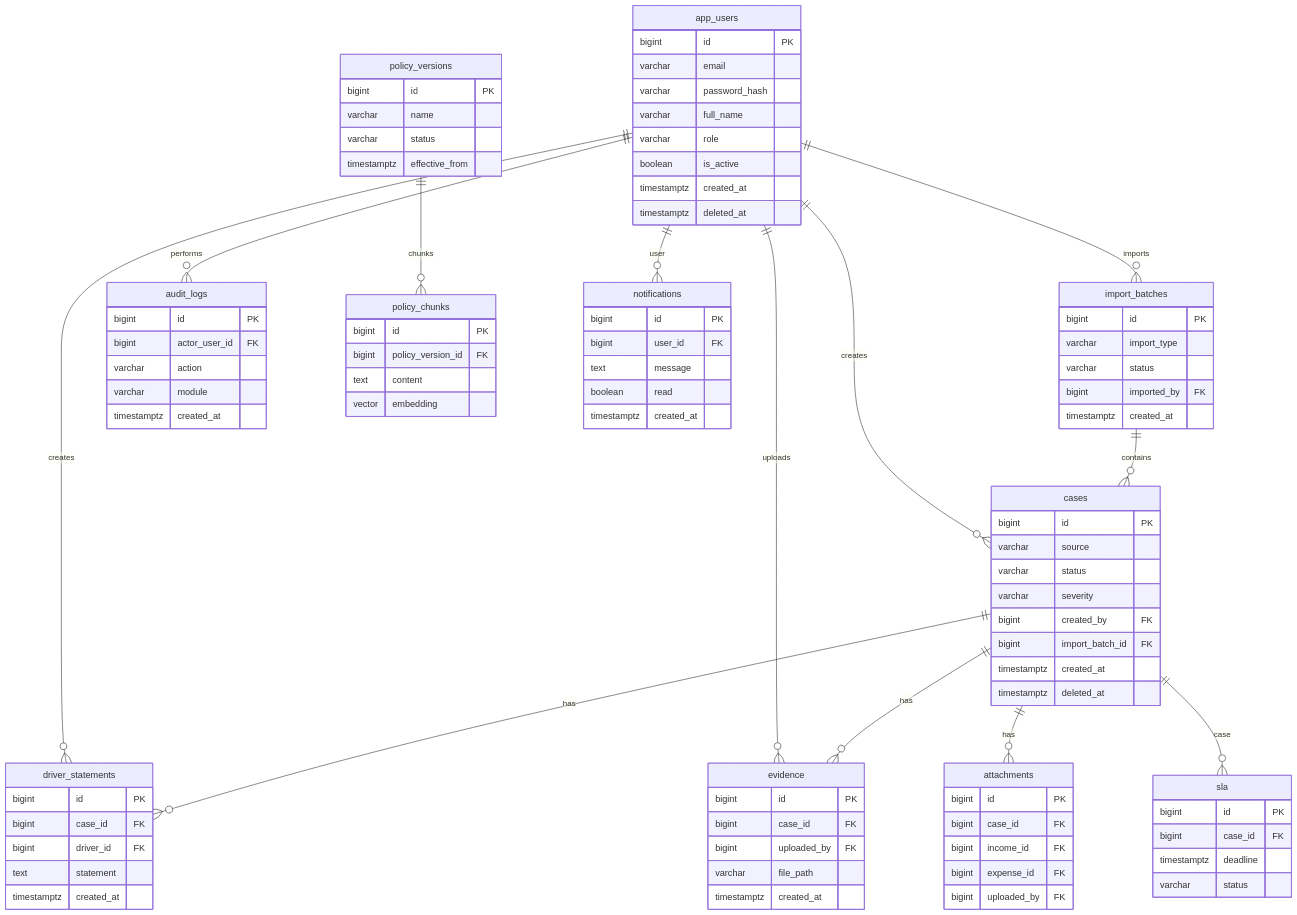
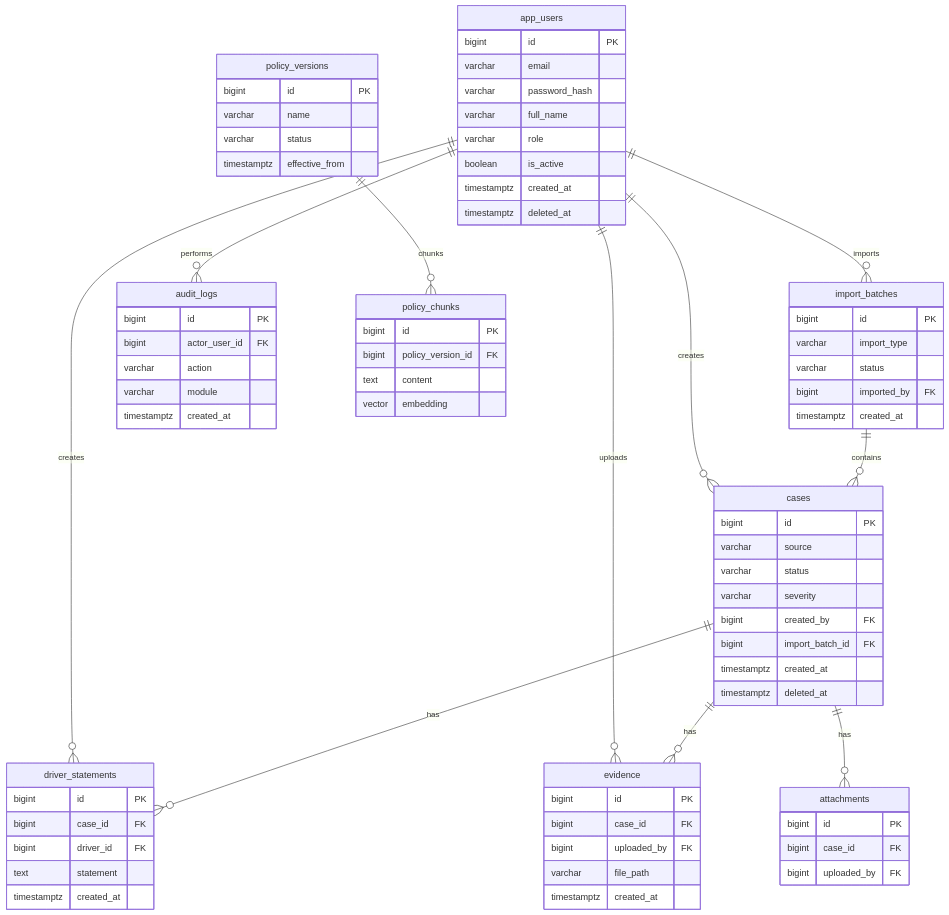
One commit to SpoopyTuan/Green-Car changed the fifth of 9 diagrams in README.md. Above: the diagram before and after it, drawn with Mermaid. The commit also changed other lines of this file and 5 other files, not shown here.

````diff
--- a/README.md
+++ b/README.md
@@ -204,8 +204,6 @@
     cases ||--o{ attachments : has
     import_batches ||--o{ cases : contains
     policy_versions ||--o{ policy_chunks : chunks
-    app_users ||--o{ notifications : user
-    cases ||--o{ sla : case
 
     app_users {
         bigint id PK
@@ -244,8 +242,6 @@
     attachments {
         bigint id PK
         bigint case_id FK
-        bigint income_id FK
-        bigint expense_id FK
         bigint uploaded_by FK
     }
     import_batches {
@@ -274,17 +270,4 @@
         text content
         vector embedding
     }
-    notifications {
-        bigint id PK
-        bigint user_id FK
-        text message
-        boolean read
-        timestamptz created_at
-    }
-    sla {
-        bigint id PK
-        bigint case_id FK
-        timestamptz deadline
-        varchar status
-    }
 ```
````
